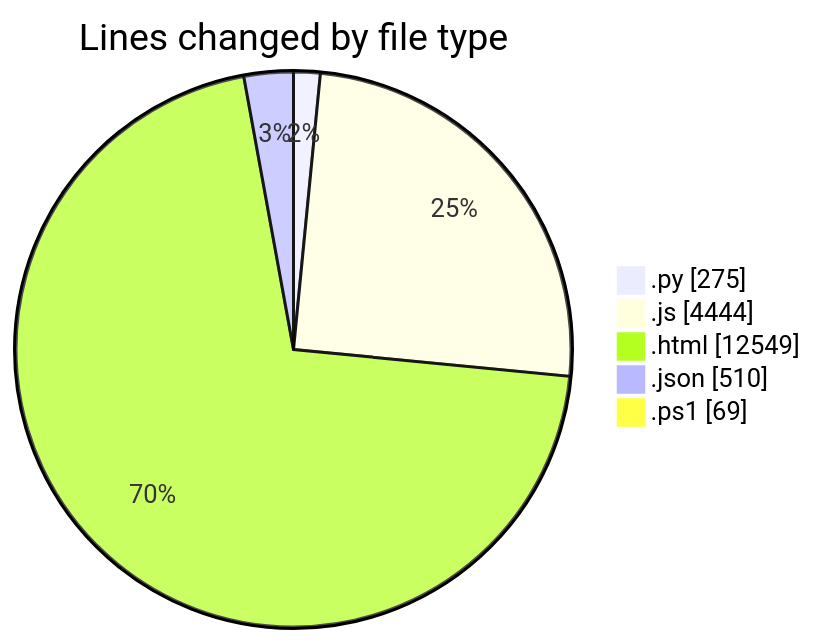
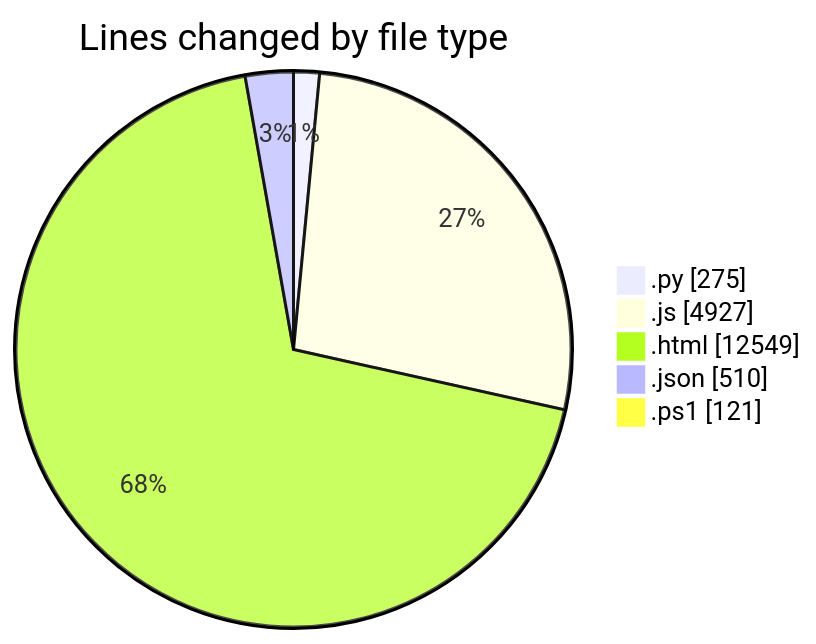
Before and after one commit to shibass792/code-tracking: the first of 2 diagrams in 2026-07-09/twenty_versions_aminor/README.md, drawn with Mermaid. The commit also changed other lines of this file and 1 other file, not shown here.

````diff
--- a/2026-07-09/twenty_versions_aminor/README.md
+++ b/2026-07-09/twenty_versions_aminor/README.md
@@ -45,9 +47,9 @@
 ```mermaid
 pie showData
 title Lines changed by file type
 ".py" : 275
-".js" : 4444
+".js" : 4927
 ".html" : 12549
 ".json" : 510
-".ps1" : 69
+".ps1" : 121
 ```
````
